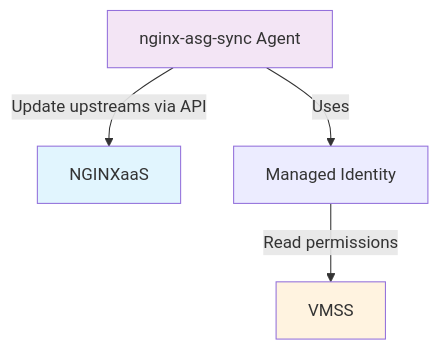
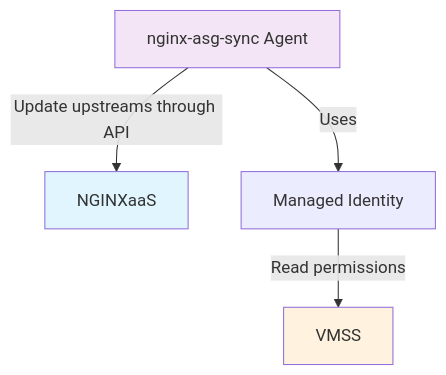
Before and after one commit to nginx/documentation: the diagram in content/nginxaas-azure/loadbalancer-vmss.md, drawn with Mermaid. The commit also changed other lines of this file, not shown here.

Commit message:
NLB-2234: Add some details about nginx-asg-sync

````diff
--- a/content/nginxaas-azure/loadbalancer-vmss.md
+++ b/content/nginxaas-azure/loadbalancer-vmss.md
@@ -21,11 +21,11 @@
 ```mermaid
 flowchart TB
-    Agent[nginx-asg-sync Agent] --> |Update upstreams via API| NGINXaaS
+    Agent[nginx-asg-sync Agent] --> |Update upstreams through API| NGINXaaS
     
     MI[Managed Identity] --> |Read permissions| VMSS
     Agent --> |Uses| MI
     
     style NGINXaaS fill:#e1f5fe
     style Agent fill:#f3e5f5
     style VMSS fill:#fff3e0
 ```
````
